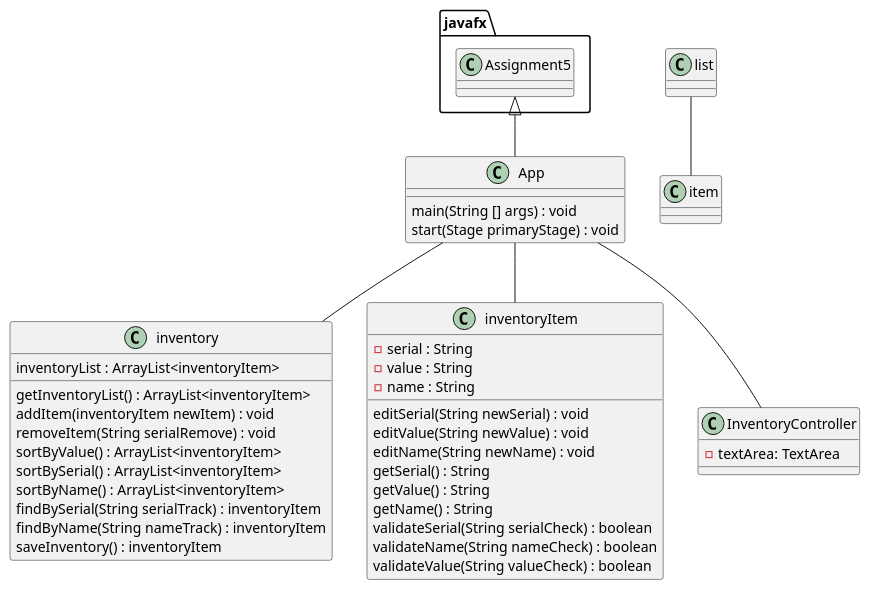
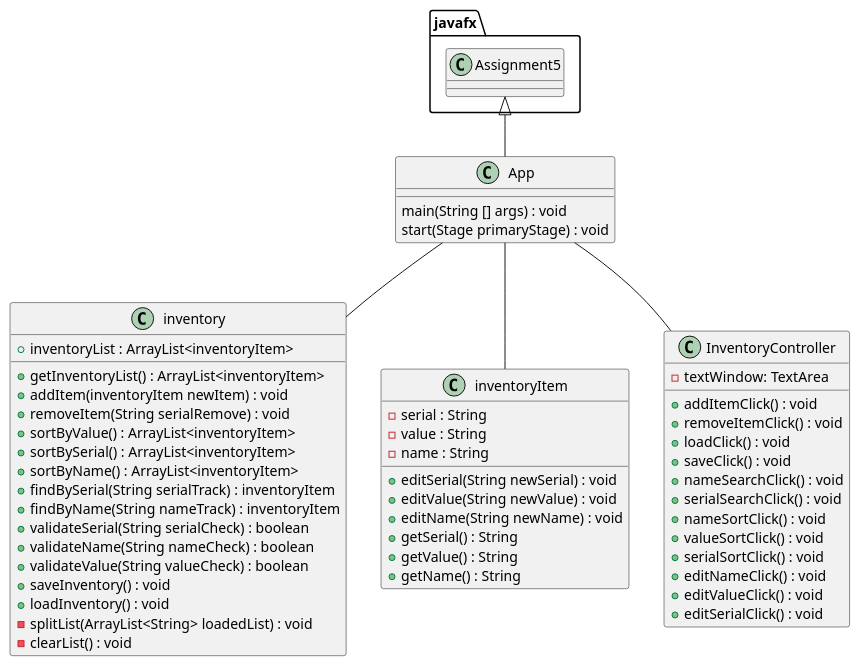
Before and after one commit to JayEspinoza/espinoza-2278-a5: the diagram in uml/App.puml, drawn with PlantUML. The commit also changed 4 other files, not shown here.

```diff
--- a/uml/App.puml
+++ b/uml/App.puml
@@ -1,58 +1,71 @@
 @startuml
 'https://plantuml.com/class-diagram
 
 class App
 class inventory
 class inventoryItem
 class InventoryController
 
 javafx.Assignment5 <|-- App
 
 App -- inventory
 App -- inventoryItem
 App -- InventoryController
 
-list -- item
-
 class App {
 main(String [] args) : void
 start(Stage primaryStage) : void
 }
 
 
 class inventory {
-inventoryList : ArrayList<inventoryItem>
++inventoryList : ArrayList<inventoryItem>
 
-getInventoryList() : ArrayList<inventoryItem>
-addItem(inventoryItem newItem) : void
-removeItem(String serialRemove) : void
-sortByValue() : ArrayList<inventoryItem>
-sortBySerial() : ArrayList<inventoryItem>
-sortByName() : ArrayList<inventoryItem>
-findBySerial(String serialTrack) : inventoryItem
-findByName(String nameTrack) : inventoryItem
-saveInventory() : inventoryItem
++getInventoryList() : ArrayList<inventoryItem>
++addItem(inventoryItem newItem) : void
++removeItem(String serialRemove) : void
++sortByValue() : ArrayList<inventoryItem>
++sortBySerial() : ArrayList<inventoryItem>
++sortByName() : ArrayList<inventoryItem>
++findBySerial(String serialTrack) : inventoryItem
++findByName(String nameTrack) : inventoryItem
++validateSerial(String serialCheck) : boolean
++validateName(String nameCheck) : boolean
++validateValue(String valueCheck) : boolean
++saveInventory() : void
++loadInventory() : void
+-splitList(ArrayList<String> loadedList) : void
+-clearList() : void
 }
 
 class inventoryItem {
 - serial : String
 - value : String
 - name : String
 
-editSerial(String newSerial) : void
-editValue(String newValue) : void
-editName(String newName) : void
-getSerial() : String
-getValue() : String
-getName() : String
-validateSerial(String serialCheck) : boolean
-validateName(String nameCheck) : boolean
-validateValue(String valueCheck) : boolean
++editSerial(String newSerial) : void
++editValue(String newValue) : void
++editName(String newName) : void
++getSerial() : String
++getValue() : String
++getName() : String
 }
 
 class InventoryController {
-- textArea: TextArea
+- textWindow: TextArea
 
++addItemClick() : void
++removeItemClick() : void
++loadClick() : void
++saveClick() : void
++nameSearchClick() : void
++serialSearchClick() : void
++nameSortClick() : void
++valueSortClick() : void
++serialSortClick() : void
++editNameClick() : void
++editValueClick() : void
++editSerialClick() : void
 }
 
 @enduml
```
